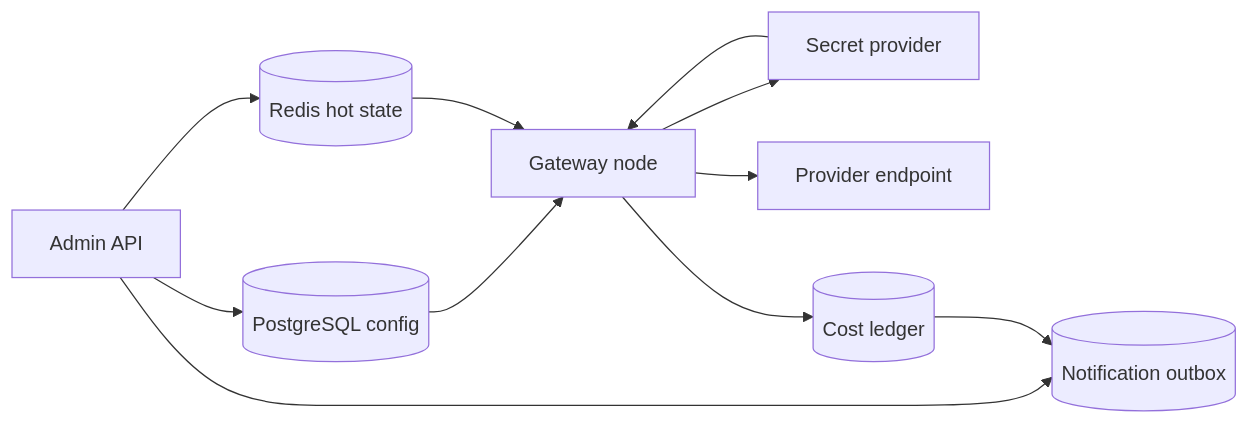
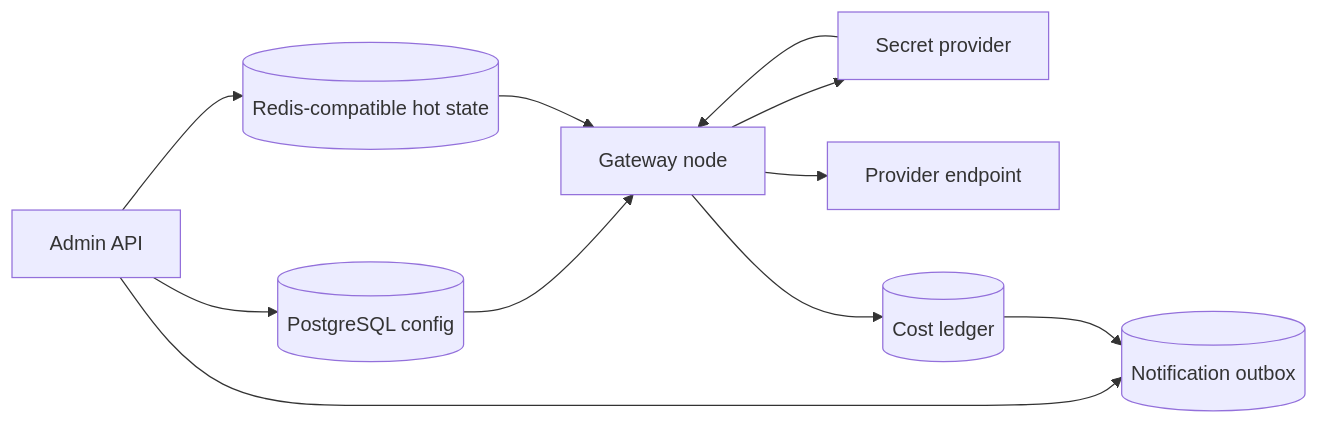
One commit to Wh1isper/starweaver-platform changed the third of 3 diagrams in spec/gateway/01-llm-gateway.md. Above: the diagram before and after it, drawn with Mermaid. The commit also changed other lines of this file and 111 other files, not shown here.

````diff
--- a/spec/gateway/01-llm-gateway.md
+++ b/spec/gateway/01-llm-gateway.md
@@ -211,22 +213,22 @@
 ```mermaid
 flowchart LR
     admin[Admin API]
     config[(PostgreSQL config)]
-    redis[(Redis hot state)]
+    hot_state[(Redis-compatible hot state)]
     gateway[Gateway node]
     secret[Secret provider]
     upstream[Provider endpoint]
     ledger[(Cost ledger)]
     outbox[(Notification outbox)]
 
     admin --> config
     admin --> outbox
-    admin --> redis
+    admin --> hot_state
     config --> gateway
-    redis --> gateway
+    hot_state --> gateway
     gateway --> secret
     secret --> gateway
     gateway --> upstream
     gateway --> ledger
     ledger --> outbox
 ```
````
